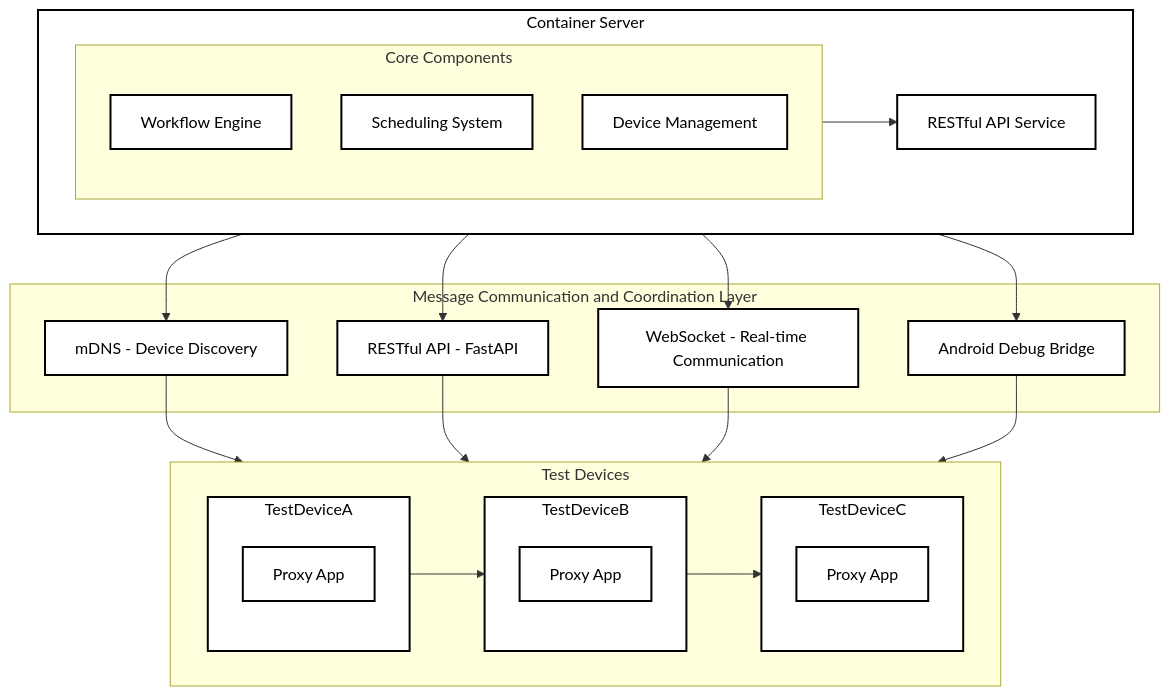
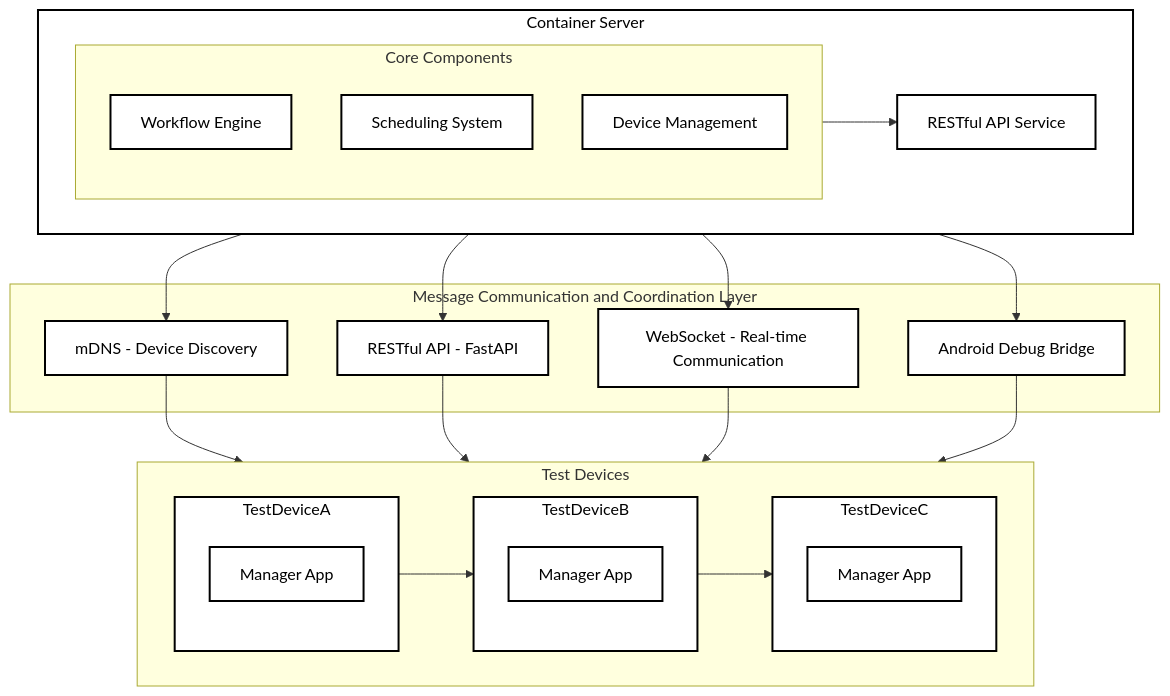
The diagram in architecture.md (terminail/autodroid), drawn with Mermaid before and after one commit. The commit also changed other lines of this file and 86 other files, not shown here.

Commit message:
Refactor package name from com.autodroid.proxy to com.autodroid.manager and fix R import issues

````diff
--- a/architecture.md
+++ b/architecture.md
@@ -5,59 +5,59 @@
 ```mermaid
 flowchart TD
     subgraph ContainerServer[Container Server]
         subgraph CoreComponents[Core Components]
             WorkflowEngine[Workflow Engine]
             SchedulingSystem[Scheduling System]
             DeviceManagement[Device Management]
         end
         
         RESTfulAPI[RESTful API Service]
         
         CoreComponents --> RESTfulAPI
     end
     
     subgraph CommunicationLayer[Message Communication and Coordination Layer]
         mDNS[mDNS - Device Discovery]
         HTTP[RESTful API - FastAPI]
         WebSocket[WebSocket - Real-time Communication]
         ADB[Android Debug Bridge]
     end
     
     subgraph TestDevices[Test Devices]
         direction LR
         TestDeviceA[Test Device A] --> TestDeviceB[Test Device B] --> TestDeviceC[Test Device C]
         
         subgraph TestDeviceA
-            ProxyAppA[Proxy App]
+            ProxyAppA[Manager App]
         end
         
         subgraph TestDeviceB
-            ProxyAppB[Proxy App]
+            ProxyAppB[Manager App]
         end
         
         subgraph TestDeviceC
-            ProxyAppC[Proxy App]
+            ProxyAppC[Manager App]
         end
     end
     
     ContainerServer --> mDNS
     ContainerServer --> HTTP
     ContainerServer --> WebSocket
     ContainerServer --> ADB
 
     mDNS --> TestDevices
     HTTP --> TestDevices
     WebSocket --> TestDevices
     ADB --> TestDevices
     
     %% Styling - Using black text with white background for better clarity
     classDef container stroke:#000,stroke-width:2px,fill:#fff,color:#000;
     classDef component stroke:#000,stroke-width:2px,fill:#fff,color:#000;
     classDef communication stroke:#000,stroke-width:2px,fill:#fff,color:#000;
     classDef device stroke:#000,stroke-width:2px,fill:#fff,color:#000;
     
     class ContainerServer container;
     class WorkflowEngine,SchedulingSystem,DeviceManagement,RESTfulAPI component;
     class mDNS,HTTP,WebSocket,ADB communication;
     class TestDeviceA,TestDeviceB,TestDeviceC,ProxyAppA,ProxyAppB,ProxyAppC device;
 ```
````
